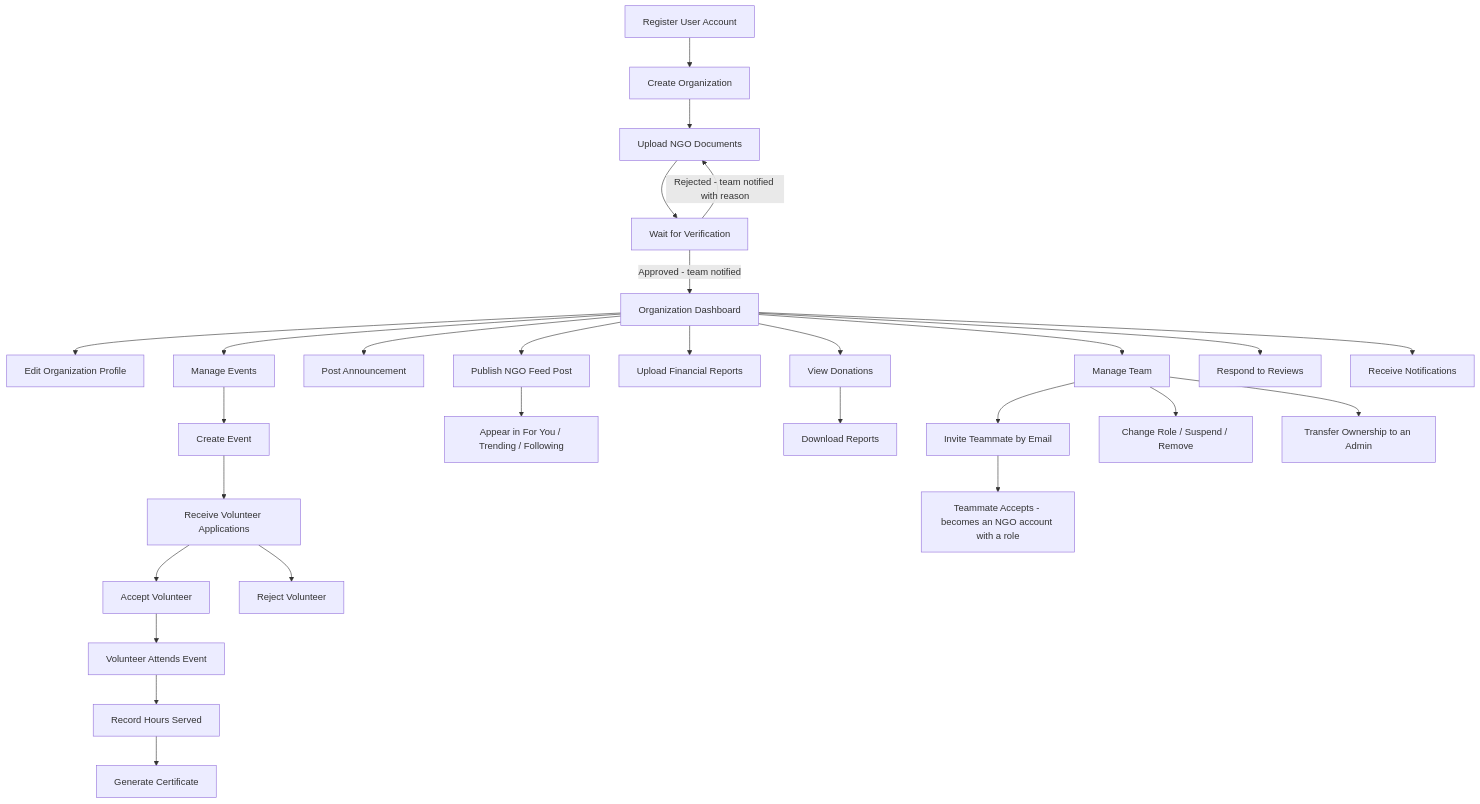
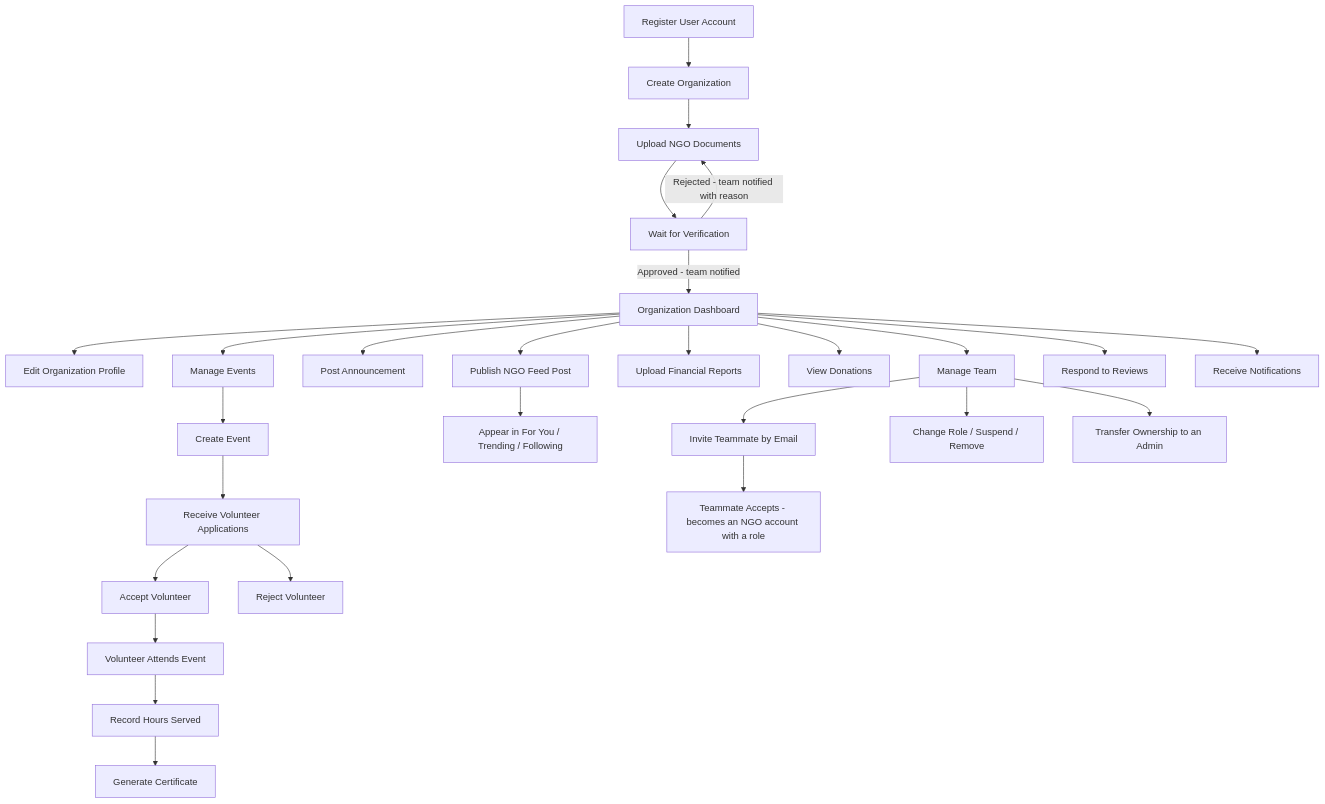
Before and after one commit to SinghAman21/nabhya: the diagram in docs/product/flows/organisation.md, drawn with Mermaid. The commit also changed other lines of this file and 10 other files, not shown here.

````diff
--- a/docs/product/flows/organisation.md
+++ b/docs/product/flows/organisation.md
@@ -6,30 +6,29 @@
 ```mermaid
 flowchart TD
     A[Register User Account] --> B[Create Organization]
     B --> C[Upload NGO Documents]
     C --> D[Wait for Verification]
     D -->|Approved - team notified| E[Organization Dashboard]
     D -->|Rejected - team notified with reason| C
     E --> F[Edit Organization Profile]
     E --> G[Manage Events]
     G --> H[Create Event]
     H --> I[Receive Volunteer Applications]
     I --> J[Accept Volunteer]
     I --> K[Reject Volunteer]
     J --> L[Volunteer Attends Event]
     L --> L2[Record Hours Served]
     L2 --> M[Generate Certificate]
     E --> N[Post Announcement]
     E --> U[Publish NGO Feed Post]
     U --> V[Appear in For You / Trending / Following]
     E --> O[Upload Financial Reports]
     E --> P[View Donations]
-    P --> Q[Download Reports]
     E --> R[Manage Team]
     R --> R1[Invite Teammate by Email]
     R1 --> R2[Teammate Accepts - becomes an NGO account with a role]
     R --> R3[Change Role / Suspend / Remove]
     R --> R4[Transfer Ownership to an Admin]
     E --> S[Respond to Reviews]
     E --> T[Receive Notifications]
 ```
````
